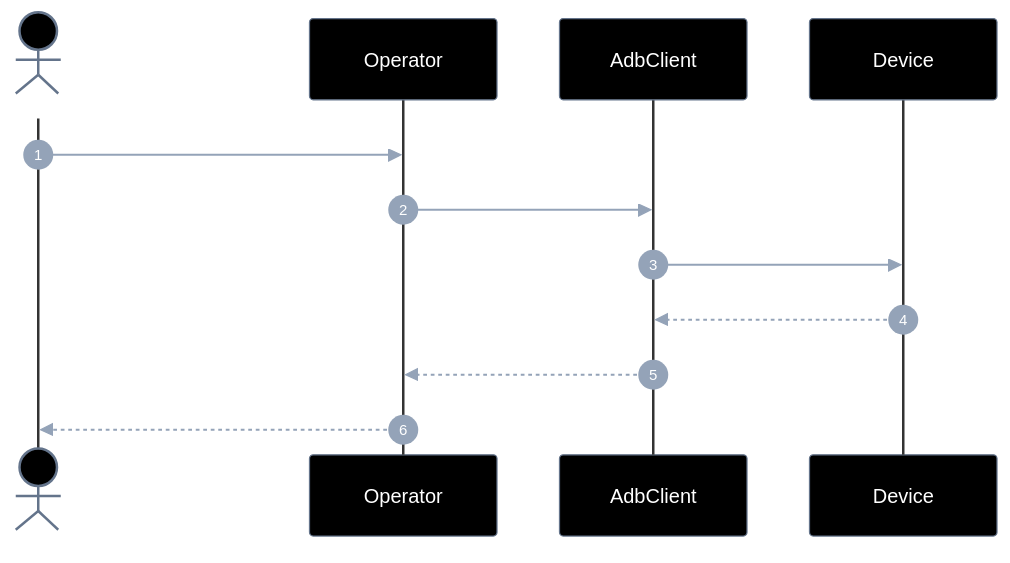
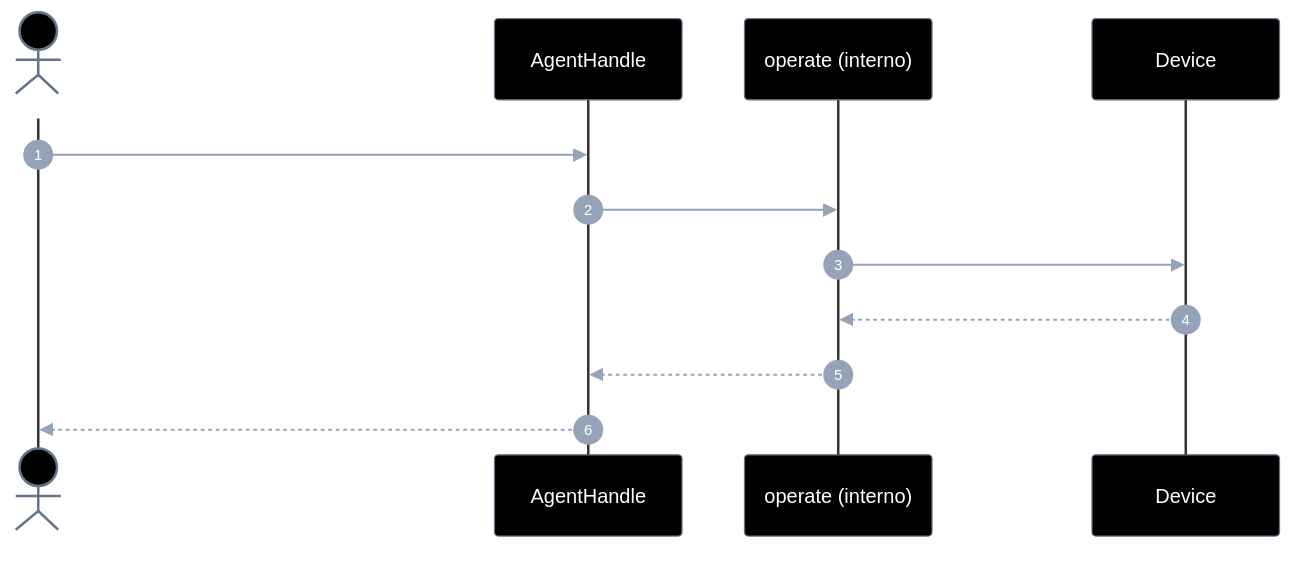
The first of 2 diagrams in connectmax/screen-robot/implementation-plan/EP-04-operar-tela.md (laerciogermano/workstation), drawn with Mermaid before and after one commit. The commit also changed other lines of this file and 5 other files, not shown here.

First line of the commit message:
Alinha planos EP-03..06 ao padrão do handle (provisionar → métodos no AgentHandle).

````diff
--- a/connectmax/screen-robot/implementation-plan/EP-04-operar-tela.md
+++ b/connectmax/screen-robot/implementation-plan/EP-04-operar-tela.md
@@ -170,56 +61,55 @@
 ```mermaid
 ---
 config:
   theme: base
   themeVariables:
     darkMode: true
     background: '#000000'
     primaryColor: '#000000'
     primaryTextColor: '#ffffff'
     primaryBorderColor: '#64748b'
     secondaryColor: '#000000'
     secondaryTextColor: '#ffffff'
     secondaryBorderColor: '#64748b'
     tertiaryColor: '#000000'
     tertiaryTextColor: '#ffffff'
     tertiaryBorderColor: '#64748b'
     lineColor: '#64748b'
     textColor: '#ffffff'
     mainBkg: '#000000'
     nodeBorder: '#64748b'
     clusterBkg: '#000000'
     clusterBorder: '#333333'
     titleColor: '#ffffff'
     edgeLabelBackground: '#000000'
     actorBkg: '#000000'
     actorBorder: '#64748b'
     actorTextColor: '#ffffff'
     actorLineColor: '#333333'
     signalColor: '#94a3b8'
     signalTextColor: '#ffffff'
     labelBoxBkgColor: '#000000'
     labelBoxBorderColor: '#64748b'
     labelTextColor: '#ffffff'
-    loopTextColor: '#ffffff'
     noteBorderColor: '#64748b'
     noteBkgColor: '#111111'
     noteTextColor: '#ffffff'
     activationBorderColor: '#64748b'
     activationBkgColor: '#1a1a1a'
     sequenceNumberColor: '#ffffff'
     classText: '#ffffff'
 ---
 sequenceDiagram
   autonumber
   actor Dev as Caller
-  participant O as Operator
-  participant A as AdbClient
+  participant H as AgentHandle
+  participant O as operate (interno)
   participant D as Device
 
-  Dev->>O: tap(serial, x, y) / tapElement(el)
-  O->>A: input tap
-  A->>D: tap
-  D-->>A: done
-  A-->>O: ok
-  O-->>Dev: ok
+  Dev->>H: launch / tap / type / scroll / screenshot / matchImage
+  H->>O: (serial do handle)
+  O->>D: adb shell / screencap / match
+  D-->>O: ok / path / coords
+  O-->>H: resultado
+  H-->>Dev: void | path | { x, y, confidence }
 ```
````
